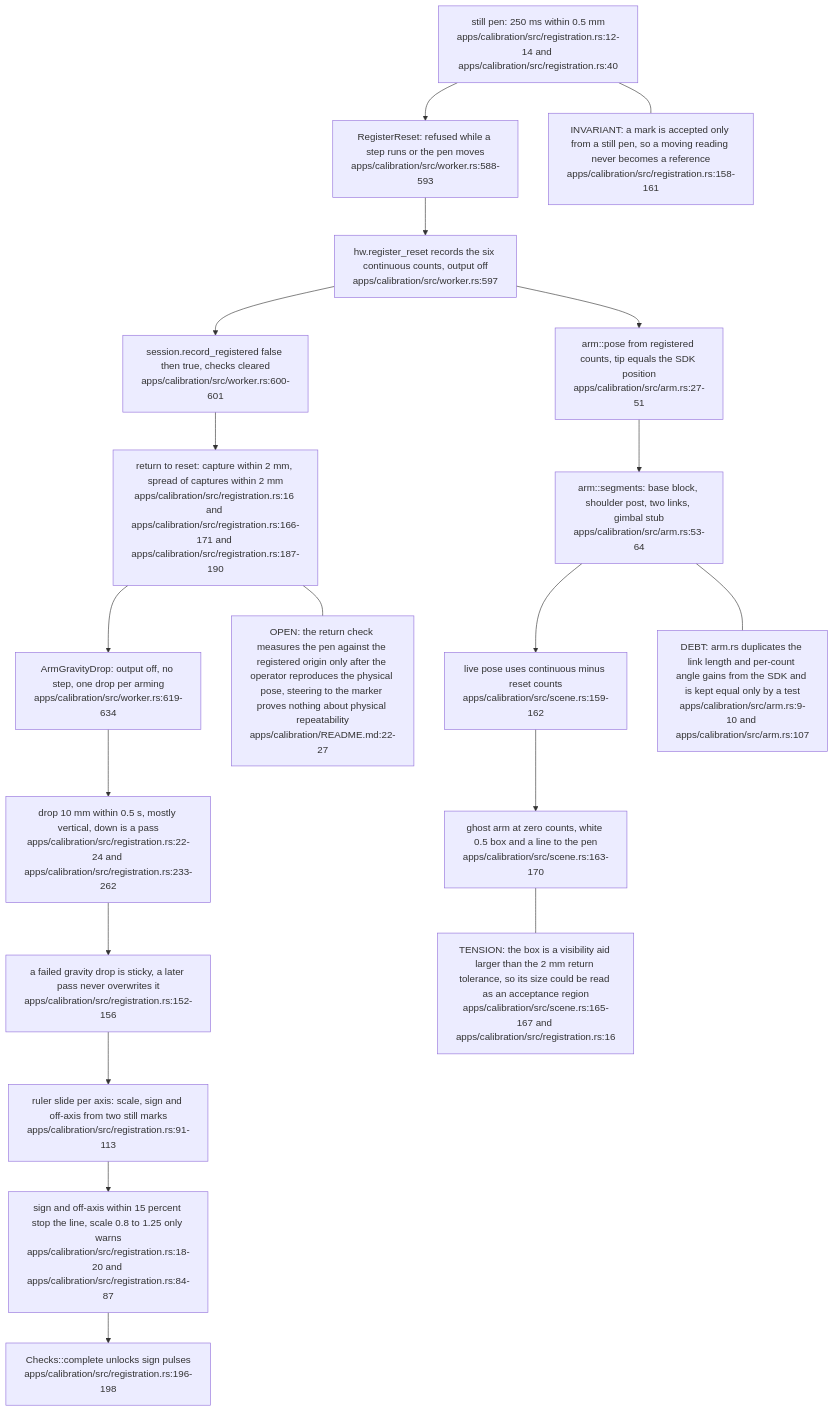
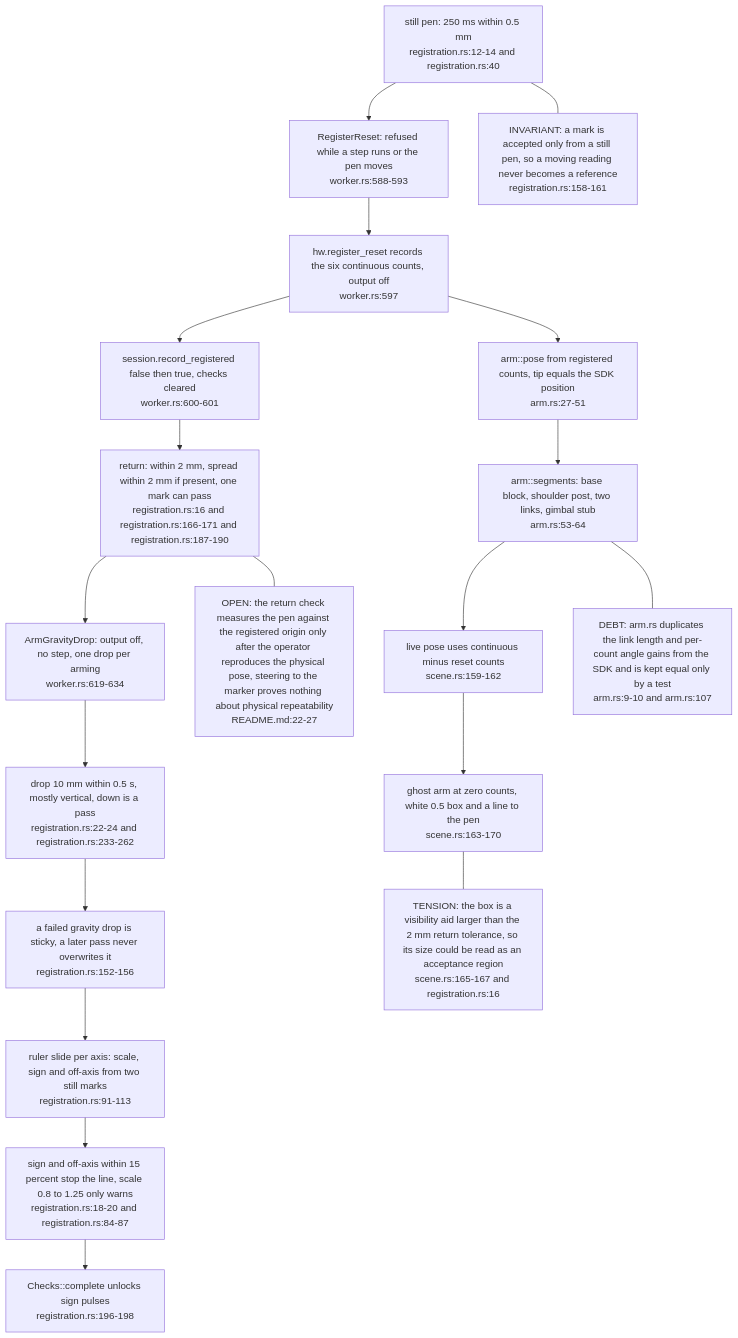
One commit to DreamLab-AI/VisionFlow changed the fourth of 7 diagrams in docs/diagrams/visiontouch-rs/08-calibration-studio-and-verification-ladder.md. Above: the diagram before and after it, drawn with Mermaid. The commit also changed other lines of this file and 27 other files, not shown here.

````diff
--- a/docs/diagrams/visiontouch-rs/08-calibration-studio-and-verification-ladder.md
+++ b/docs/diagrams/visiontouch-rs/08-calibration-studio-and-verification-ladder.md
@@ -182,40 +187,40 @@
 ```mermaid
 flowchart TB
-    STILL["still pen: 250 ms within 0.5 mm<br/>apps/calibration/src/registration.rs:12-14 and apps/calibration/src/registration.rs:40"]
-    REGC["RegisterReset: refused while a step runs or the pen moves<br/>apps/calibration/src/worker.rs:588-593"]
-    SDK["hw.register_reset records the six continuous counts, output off<br/>apps/calibration/src/worker.rs:597"]
-    RESET["session.record_registered false then true, checks cleared<br/>apps/calibration/src/worker.rs:600-601"]
-    RET["return to reset: capture within 2 mm, spread of captures within 2 mm<br/>apps/calibration/src/registration.rs:16 and apps/calibration/src/registration.rs:166-171 and apps/calibration/src/registration.rs:187-190"]
-    ARMG["ArmGravityDrop: output off, no step, one drop per arming<br/>apps/calibration/src/worker.rs:619-634"]
-    GRAV["drop 10 mm within 0.5 s, mostly vertical, down is a pass<br/>apps/calibration/src/registration.rs:22-24 and apps/calibration/src/registration.rs:233-262"]
-    STICKY["a failed gravity drop is sticky, a later pass never overwrites it<br/>apps/calibration/src/registration.rs:152-156"]
-    RULER["ruler slide per axis: scale, sign and off-axis from two still marks<br/>apps/calibration/src/registration.rs:91-113"]
-    RULEOK["sign and off-axis within 15 percent stop the line, scale 0.8 to 1.25 only warns<br/>apps/calibration/src/registration.rs:18-20 and apps/calibration/src/registration.rs:84-87"]
-    DONE["Checks::complete unlocks sign pulses<br/>apps/calibration/src/registration.rs:196-198"]
-    POSE["arm::pose from registered counts, tip equals the SDK position<br/>apps/calibration/src/arm.rs:27-51"]
-    WIRE["arm::segments: base block, shoulder post, two links, gimbal stub<br/>apps/calibration/src/arm.rs:53-64"]
-    LIVE["live pose uses continuous minus reset counts<br/>apps/calibration/src/scene.rs:159-162"]
-    GHOST["ghost arm at zero counts, white 0.5 box and a line to the pen<br/>apps/calibration/src/scene.rs:163-170"]
+    STILL["still pen: 250 ms within 0.5 mm<br/>registration.rs:12-14 and registration.rs:40"]
+    REGC["RegisterReset: refused while a step runs or the pen moves<br/>worker.rs:588-593"]
+    SDK["hw.register_reset records the six continuous counts, output off<br/>worker.rs:597"]
+    RESET["session.record_registered false then true, checks cleared<br/>worker.rs:600-601"]
+    RET["return: within 2 mm, spread within 2 mm if present, one mark can pass<br/>registration.rs:16 and registration.rs:166-171 and registration.rs:187-190"]
+    ARMG["ArmGravityDrop: output off, no step, one drop per arming<br/>worker.rs:619-634"]
+    GRAV["drop 10 mm within 0.5 s, mostly vertical, down is a pass<br/>registration.rs:22-24 and registration.rs:233-262"]
+    STICKY["a failed gravity drop is sticky, a later pass never overwrites it<br/>registration.rs:152-156"]
+    RULER["ruler slide per axis: scale, sign and off-axis from two still marks<br/>registration.rs:91-113"]
+    RULEOK["sign and off-axis within 15 percent stop the line, scale 0.8 to 1.25 only warns<br/>registration.rs:18-20 and registration.rs:84-87"]
+    DONE["Checks::complete unlocks sign pulses<br/>registration.rs:196-198"]
+    POSE["arm::pose from registered counts, tip equals the SDK position<br/>arm.rs:27-51"]
+    WIRE["arm::segments: base block, shoulder post, two links, gimbal stub<br/>arm.rs:53-64"]
+    LIVE["live pose uses continuous minus reset counts<br/>scene.rs:159-162"]
+    GHOST["ghost arm at zero counts, white 0.5 box and a line to the pen<br/>scene.rs:163-170"]
     STILL --> REGC
     REGC --> SDK
     SDK --> RESET
     RESET --> RET
     RET --> ARMG
     ARMG --> GRAV
     GRAV --> STICKY
     STICKY --> RULER
     RULER --> RULEOK
     RULEOK --> DONE
     SDK --> POSE
     POSE --> WIRE
     WIRE --> LIVE
     LIVE --> GHOST
-    N1["INVARIANT: a mark is accepted only from a still pen, so a moving reading never becomes a reference<br/>apps/calibration/src/registration.rs:158-161"]
-    N2["DEBT: arm.rs duplicates the link length and per-count angle gains from the SDK and is kept equal only by a test<br/>apps/calibration/src/arm.rs:9-10 and apps/calibration/src/arm.rs:107"]
-    N3["TENSION: the box is a visibility aid larger than the 2 mm return tolerance, so its size could be read as an acceptance region<br/>apps/calibration/src/scene.rs:165-167 and apps/calibration/src/registration.rs:16"]
-    N4["OPEN: the return check measures the pen against the registered origin only after the operator reproduces the physical pose, steering to the marker proves nothing about physical repeatability<br/>apps/calibration/README.md:22-27"]
+    N1["INVARIANT: a mark is accepted only from a still pen, so a moving reading never becomes a reference<br/>registration.rs:158-161"]
+    N2["DEBT: arm.rs duplicates the link length and per-count angle gains from the SDK and is kept equal only by a test<br/>arm.rs:9-10 and arm.rs:107"]
+    N3["TENSION: the box is a visibility aid larger than the 2 mm return tolerance, so its size could be read as an acceptance region<br/>scene.rs:165-167 and registration.rs:16"]
+    N4["OPEN: the return check measures the pen against the registered origin only after the operator reproduces the physical pose, steering to the marker proves nothing about physical repeatability<br/>README.md:22-27"]
     STILL --- N1
     WIRE --- N2
     GHOST --- N3
     RET --- N4
 ```
````
